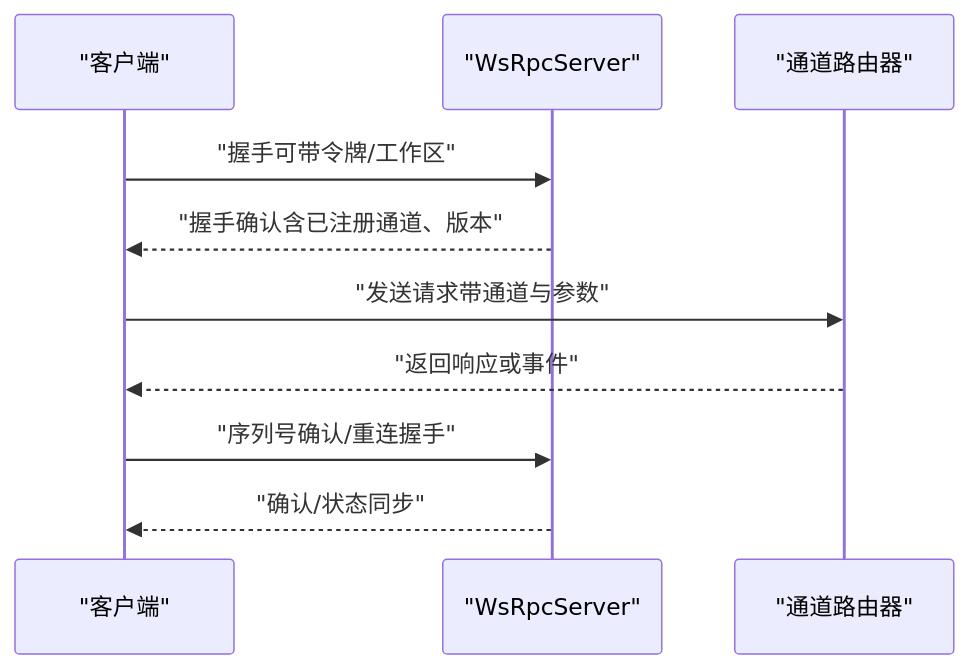
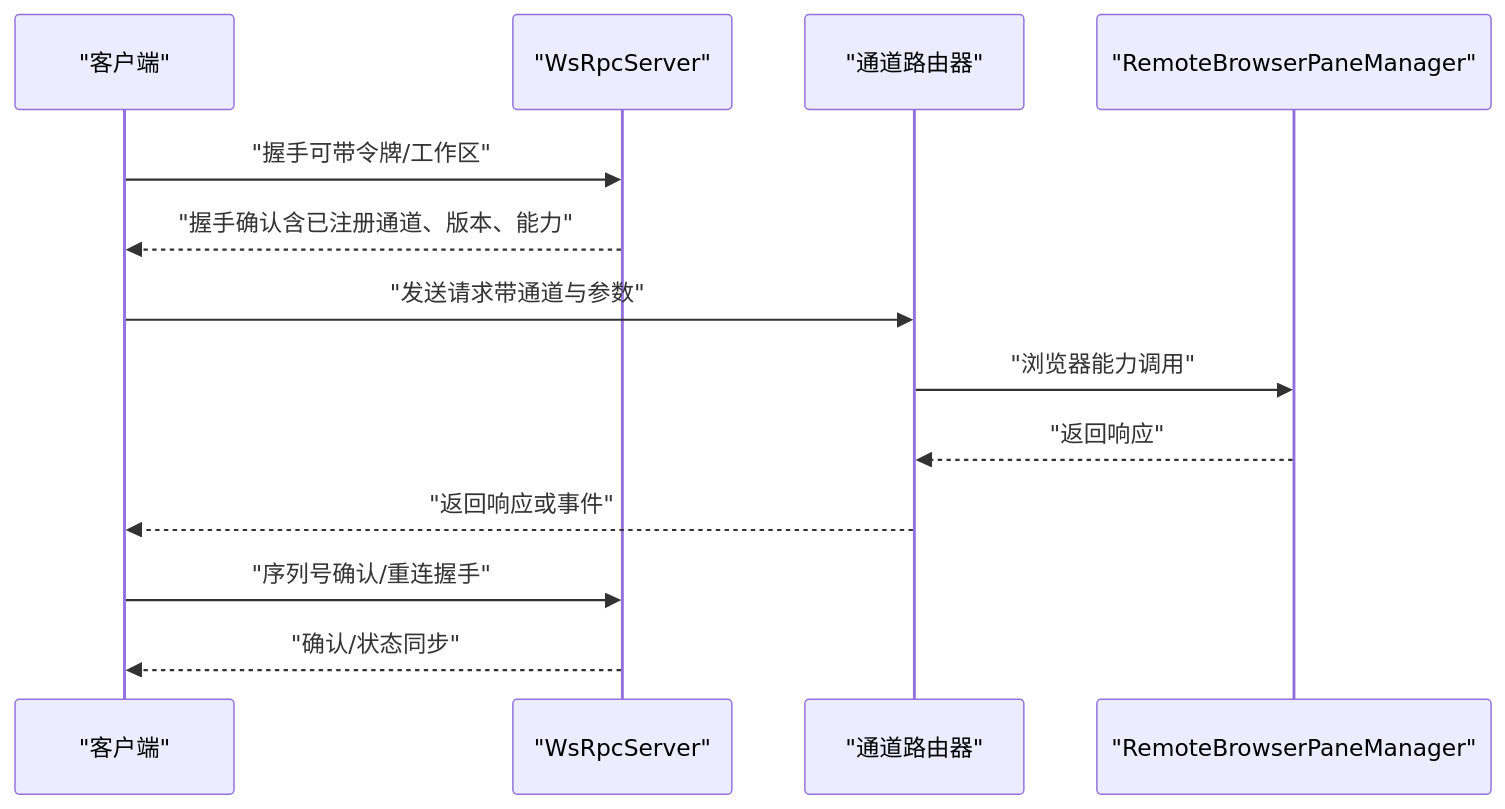
The seventh of 11 diagrams in .qoder/repowiki/zh/content/服务器架构/服务器核心/服务器核心.md (haolange/craft-agents-oss), drawn with Mermaid before and after one commit. The commit also changed other lines of this file and 5 other files, not shown here.

````diff
--- a/.qoder/repowiki/zh/content/服务器架构/服务器核心/服务器核心.md
+++ b/.qoder/repowiki/zh/content/服务器架构/服务器核心/服务器核心.md
@@ -272,12 +337,15 @@
 ```mermaid
 sequenceDiagram
 participant Client as "客户端"
 participant Server as "WsRpcServer"
 participant Router as "通道路由器"
+participant RBPM as "RemoteBrowserPaneManager"
 Client->>Server : "握手可带令牌/工作区"
-Server-->>Client : "握手确认含已注册通道、版本"
+Server-->>Client : "握手确认含已注册通道、版本、能力"
 Client->>Router : "发送请求带通道与参数"
+Router->>RBPM : "浏览器能力调用"
+RBPM-->>Router : "返回响应"
 Router-->>Client : "返回响应或事件"
 Client->>Server : "序列号确认/重连握手"
 Server-->>Client : "确认/状态同步"
 ```
````
